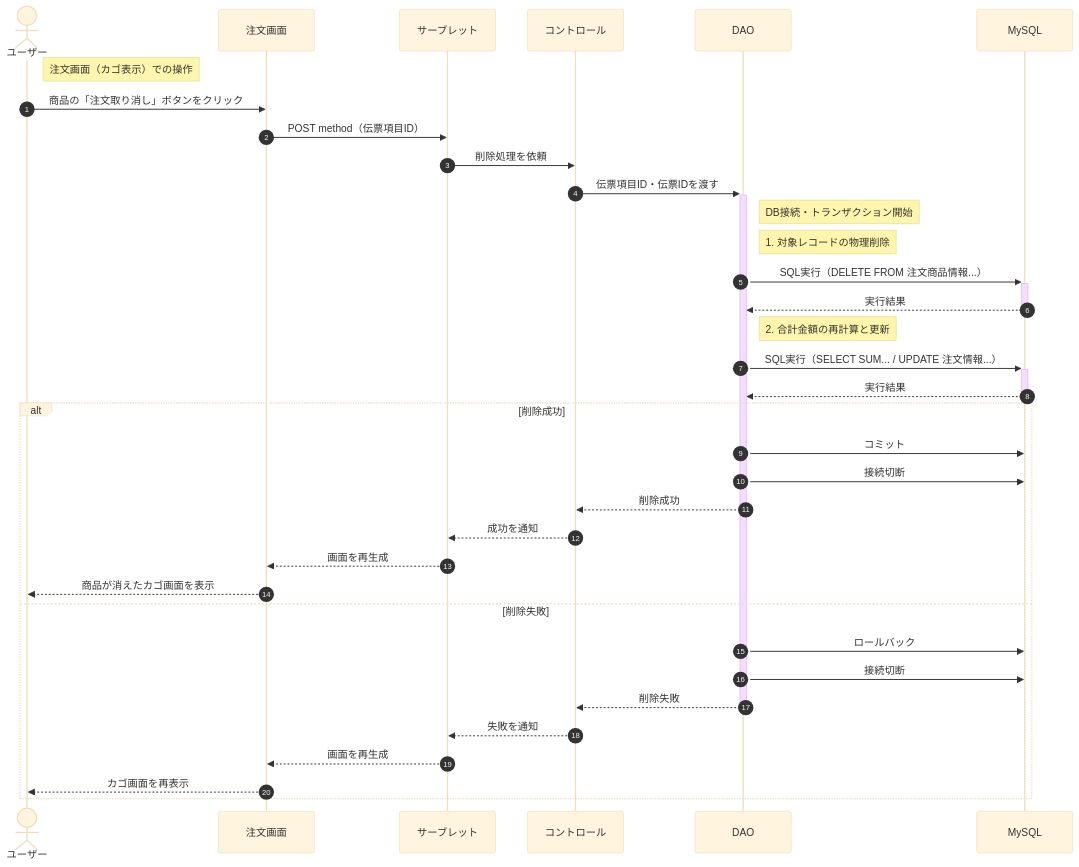
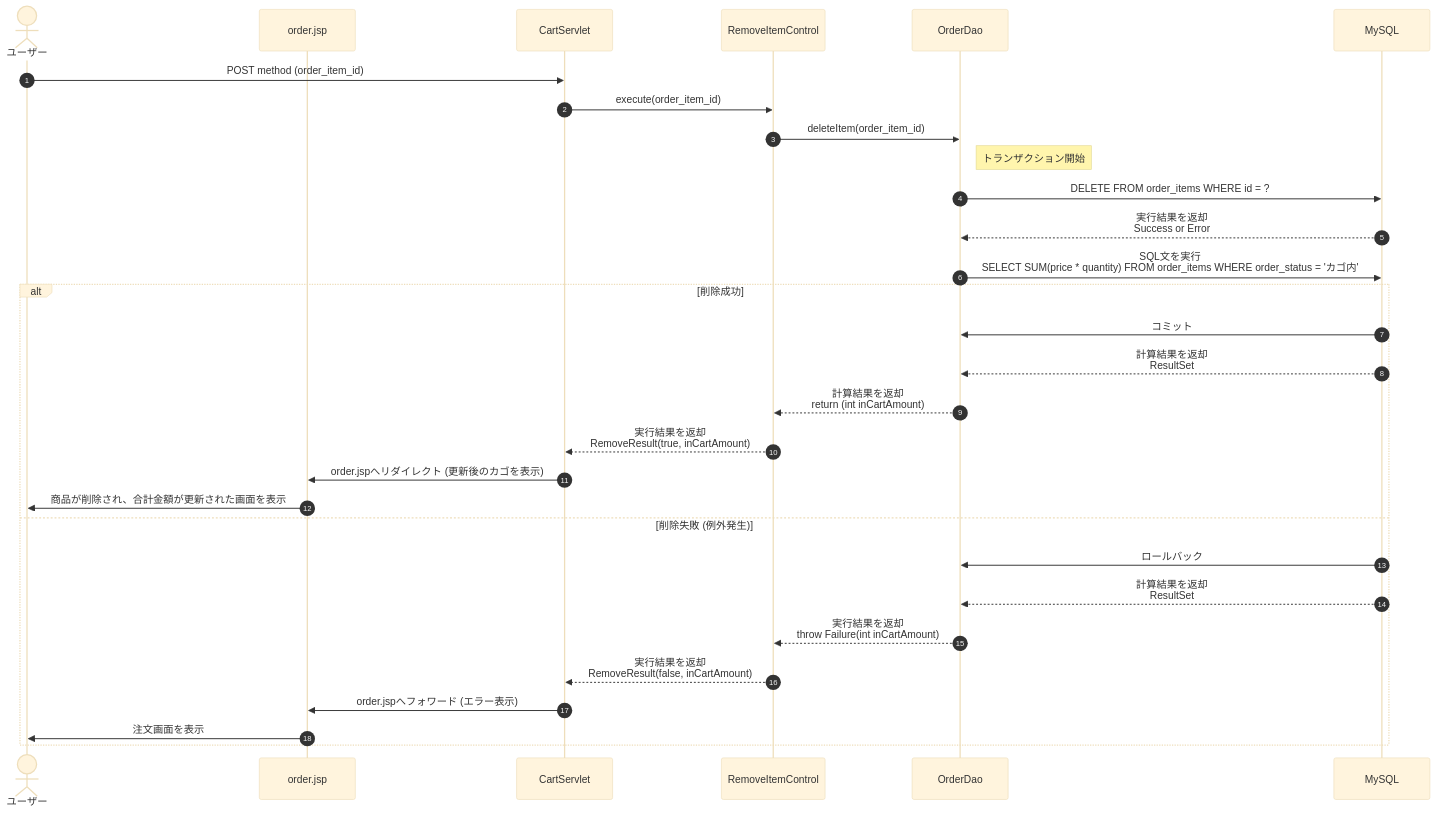
Before and after one commit to Medapizza1224/SE25G2-Test2: the sixth of 7 diagrams in docs/development/sequence-diagram/シーケンス図_version1.2.md, drawn with Mermaid (base theme). The commit also changed other lines of this file, not shown here.

Commit message:
シーケンス図インスペクション後修正1226

````diff
--- a/docs/development/sequence-diagram/シーケンス図_version1.2.md
+++ b/docs/development/sequence-diagram/シーケンス図_version1.2.md
@@ -354,40 +373,39 @@
 ```mermaid
 sequenceDiagram
-  actor ユーザー
-  autonumber
-    Note right of ユーザー: 注文画面（カゴ表示）での操作
-    ユーザー ->> 注文画面 : 商品の「注文取り消し」ボタンをクリック
-     
-    注文画面 ->> サーブレット : POST method（伝票項目ID）
+    autonumber
+    actor User as ユーザー
+    participant OrderJSP as order.jsp
+    participant Servlet as CartServlet
+    participant Control as RemoveItemControl
+    participant DAO as OrderDao
+    participant DB as MySQL
+
+    User->>Servlet: POST method (order_item_id)
     
-    サーブレット ->> コントロール : 削除処理を依頼
-    コントロール ->>+ DAO : 伝票項目ID・伝票IDを渡す
+    Servlet->>Control: execute(order_item_id)
+    
+    Control->>DAO: deleteItem(order_item_id)
+    
+    Note right of DAO: トランザクション開始
+    DAO->>DB: DELETE FROM order_items WHERE id = ?
+    DB-->>DAO: 実行結果を返却<br>Success or Error
+    
+    DAO->>DB: SQL文を実行<br>SELECT SUM(price * quantity) FROM order_items WHERE order_status = 'カゴ内'
+    
+    alt 削除成功
+        DB->>DAO: コミット
+        DB-->>DAO: 計算結果を返却<br> ResultSet
+        DAO-->>Control: 計算結果を返却<br> return (int inCartAmount)
+        Control-->>Servlet: 実行結果を返却<br>RemoveResult(true, inCartAmount)
+        Servlet->>OrderJSP: order.jspへリダイレクト (更新後のカゴを表示)
+        OrderJSP->>User:  商品が削除され、合計金額が更新された画面を表示
+    else 削除失敗 (例外発生)
+        DB->>DAO: ロールバック
+        DB-->>DAO:  計算結果を返却<br> ResultSet
+        DAO-->>Control: 実行結果を返却<br>throw Failure(int inCartAmount)
+        Control-->>Servlet: 実行結果を返却<br>RemoveResult(false, inCartAmount)
+        Servlet->>OrderJSP: order.jspへフォワード (エラー表示)
+        OrderJSP->>User: 注文画面を表示
+    end
 
-    Note right of DAO : DB接続・トランザクション開始
-
-    Note right of DAO : 1. 対象レコードの物理削除
-    DAO ->>+ MySQL : SQL実行（DELETE FROM 注文商品情報...）
-    MySQL -->>- DAO : 実行結果
-
-    Note right of DAO : 2. 合計金額の再計算と更新
-    DAO ->>+ MySQL : SQL実行（SELECT SUM... / UPDATE 注文情報...）
-    MySQL -->>- DAO : 実行結果
-
-    alt 削除成功
-        DAO ->> MySQL : コミット
-        DAO ->> MySQL : 接続切断
-        DAO -->> コントロール : 削除成功
-        
-        コントロール -->> サーブレット : 成功を通知
-        サーブレット -->> 注文画面 : 画面を再生成
-        注文画面 -->> ユーザー : 商品が消えたカゴ画面を表示
-    else 削除失敗
-        DAO ->> MySQL : ロールバック
-        DAO ->> MySQL : 接続切断
-        DAO -->>- コントロール : 削除失敗
-        
-        コントロール -->> サーブレット : 失敗を通知
-        サーブレット -->> 注文画面 : 画面を再生成
-        注文画面 -->> ユーザー : カゴ画面を再表示
-    end
 ```
````
